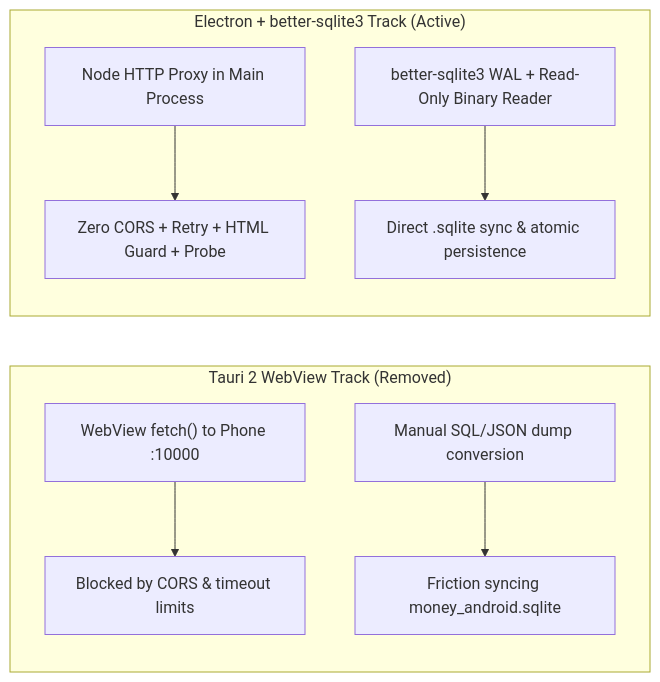
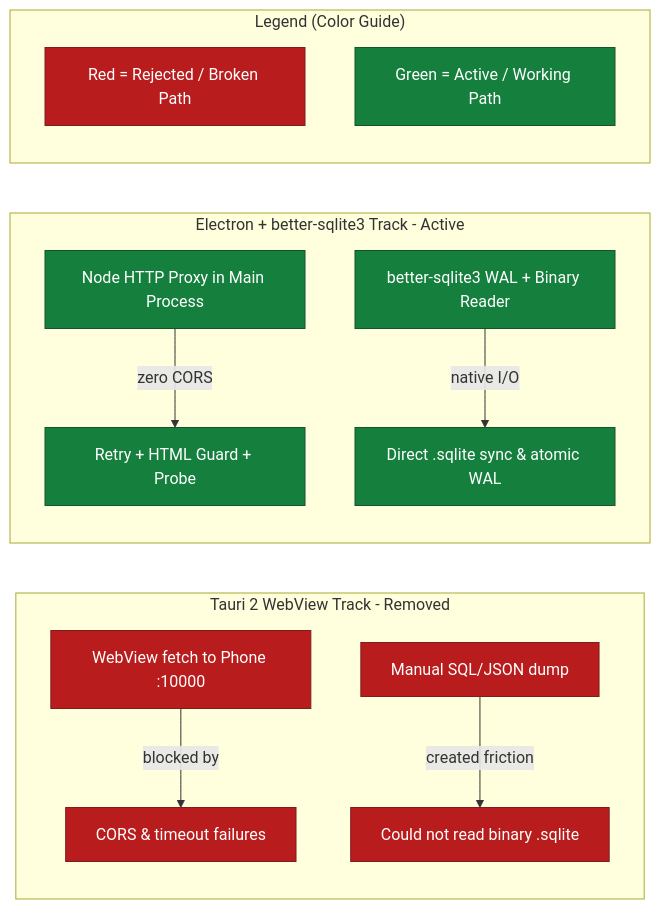
One commit to Mostakim2005/money-manager changed the diagram in docs/DECISIONS_AND_TRAPS.md. Above: the diagram before and after it, drawn with Mermaid. The commit also changed other lines of this file and 6 other files, not shown here.

Commit message:
chore(release): add VISUAL_LOG.md, upgrade color-coded Mermaid docs, and prepare v0.3.0 Electron portable release

````diff
--- a/docs/DECISIONS_AND_TRAPS.md
+++ b/docs/DECISIONS_AND_TRAPS.md
@@ -25,11 +26,21 @@
 ```mermaid
 flowchart LR
-    subgraph Rejected["Tauri 2 WebView Track (Removed)"]
-        A1["WebView fetch() to Phone :10000"] --> A2["Blocked by CORS & timeout limits"]
-        A3["Manual SQL/JSON dump conversion"] --> A4["Friction syncing money_android.sqlite"]
+    %% Color Definitions (Obsidian & GitHub compatible)
+    classDef failedNode fill:#b91c1c,stroke:#7f1d1d,color:#ffffff
+    classDef activeNode fill:#15803d,stroke:#14532d,color:#ffffff
+
+    subgraph Rejected["Tauri 2 WebView Track - Removed"]
+        A1["WebView fetch to Phone :10000"]:::failedNode -->|blocked by| A2["CORS & timeout failures"]:::failedNode
+        A3["Manual SQL/JSON dump"]:::failedNode -->|created friction| A4["Could not read binary .sqlite"]:::failedNode
     end
-    subgraph Chosen["Electron + better-sqlite3 Track (Active)"]
-        B1["Node HTTP Proxy in Main Process"] --> B2["Zero CORS + Retry + HTML Guard + Probe"]
-        B3["better-sqlite3 WAL + Read-Only Binary Reader"] --> B4["Direct .sqlite sync & atomic persistence"]
+
+    subgraph Chosen["Electron + better-sqlite3 Track - Active"]
+        B1["Node HTTP Proxy in Main Process"]:::activeNode -->|zero CORS| B2["Retry + HTML Guard + Probe"]:::activeNode
+        B3["better-sqlite3 WAL + Binary Reader"]:::activeNode -->|native I/O| B4["Direct .sqlite sync & atomic WAL"]:::activeNode
+    end
+
+    subgraph Legend["Legend (Color Guide)"]
+        L1[Red = Rejected / Broken Path]:::failedNode
+        L2[Green = Active / Working Path]:::activeNode
     end
 ```
````
